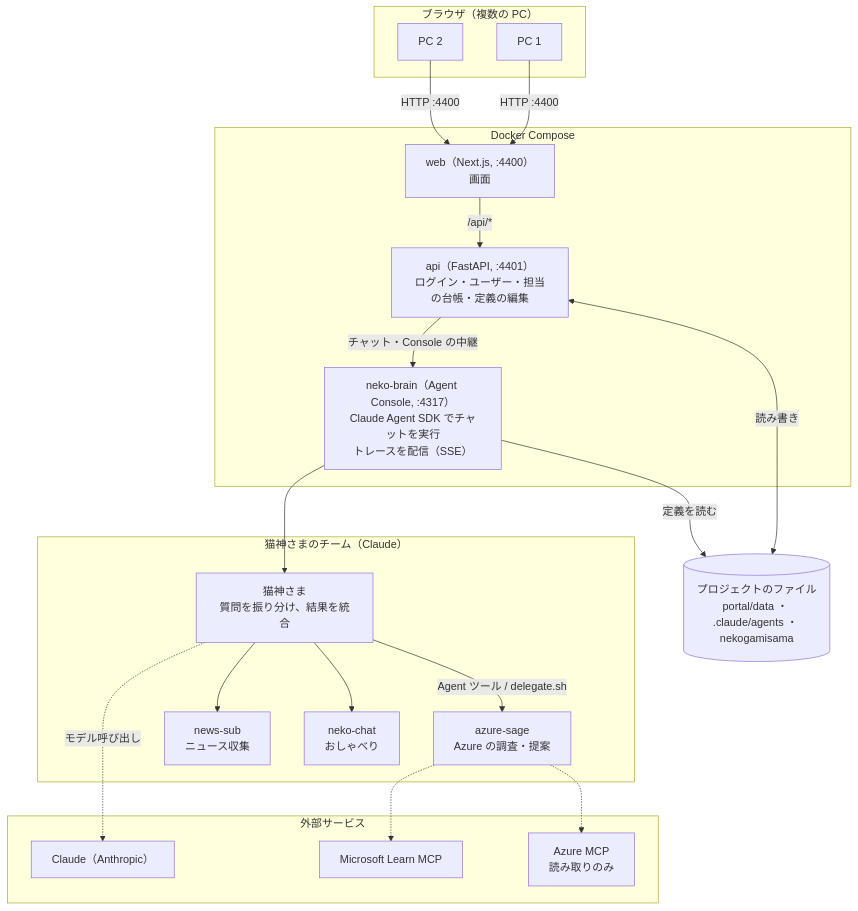
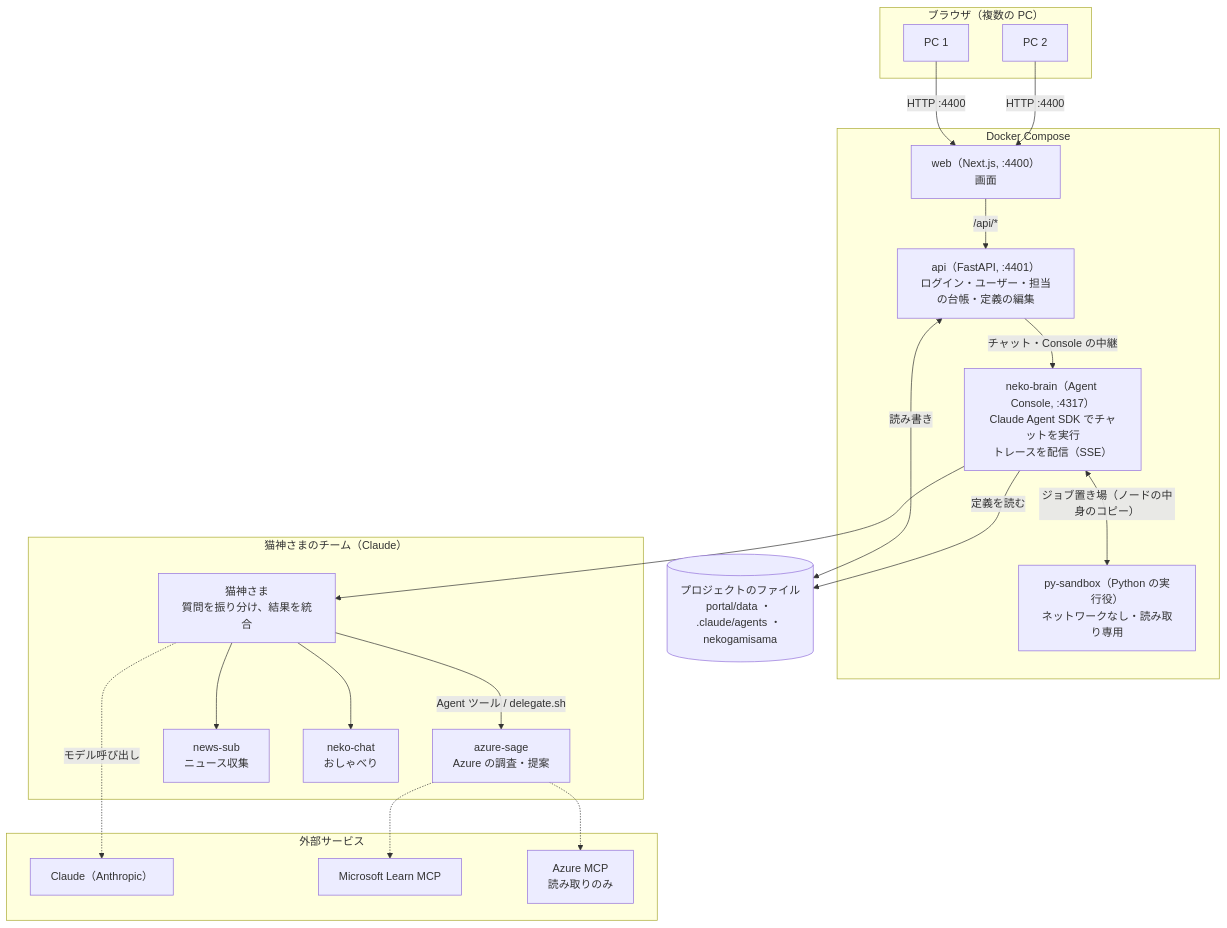
The first of 2 diagrams in README.md (manyanxp/nekogami), drawn with Mermaid before and after one commit. The commit also changed other lines of this file and 27 other files, not shown here.

````diff
--- a/README.md
+++ b/README.md
@@ -42,42 +42,44 @@
 ```mermaid
 flowchart TB
   subgraph PCS["ブラウザ（複数の PC）"]
     B1["PC 1"]
     B2["PC 2"]
   end
 
   subgraph DOCKER["Docker Compose"]
     W["web（Next.js, :4400）<br/>画面"]
     A["api（FastAPI, :4401）<br/>ログイン・ユーザー・担当の台帳・定義の編集"]
     N["neko-brain（Agent Console, :4317）<br/>Claude Agent SDK でチャットを実行<br/>トレースを配信（SSE）"]
+    P["py-sandbox（Python の実行役）<br/>ネットワークなし・読み取り専用"]
   end
 
   FILES[("プロジェクトのファイル<br/>portal/data ・ .claude/agents ・ nekogamisama")]
 
   subgraph TEAM["猫神さまのチーム（Claude）"]
     K["猫神さま<br/>質問を振り分け、結果を統合"]
     S1["azure-sage<br/>Azure の調査・提案"]
     S2["news-sub<br/>ニュース収集"]
     S3["neko-chat<br/>おしゃべり"]
   end
 
   subgraph EXT["外部サービス"]
     C["Claude（Anthropic）"]
     M["Microsoft Learn MCP"]
     Z["Azure MCP<br/>読み取りのみ"]
   end
 
   B1 -->|"HTTP :4400"| W
   B2 -->|"HTTP :4400"| W
   W -->|"/api/*"| A
   A -->|"チャット・Console の中継"| N
   A <-->|"読み書き"| FILES
   N -->|"定義を読む"| FILES
+  N <-->|"ジョブ置き場（ノードの中身のコピー）"| P
   N --> K
   K -->|"Agent ツール / delegate.sh"| S1
   K --> S2
   K --> S3
   K -.->|"モデル呼び出し"| C
   S1 -.-> M
   S1 -.-> Z
 ```
````
